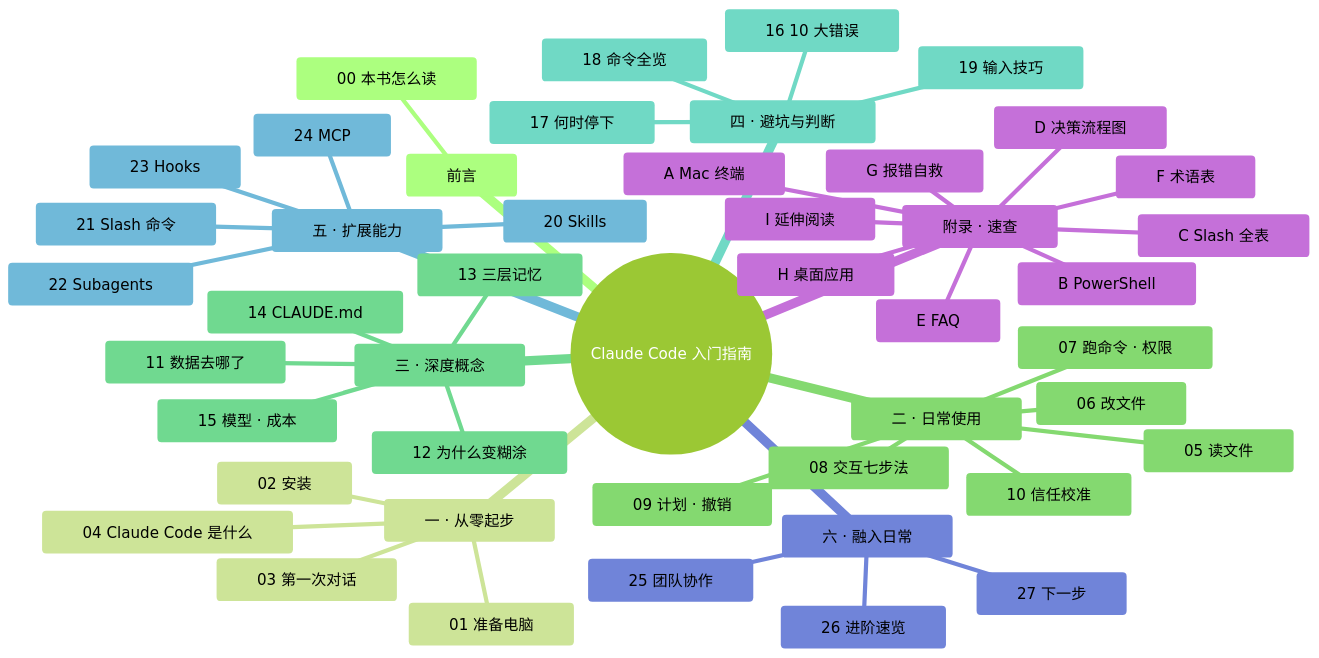
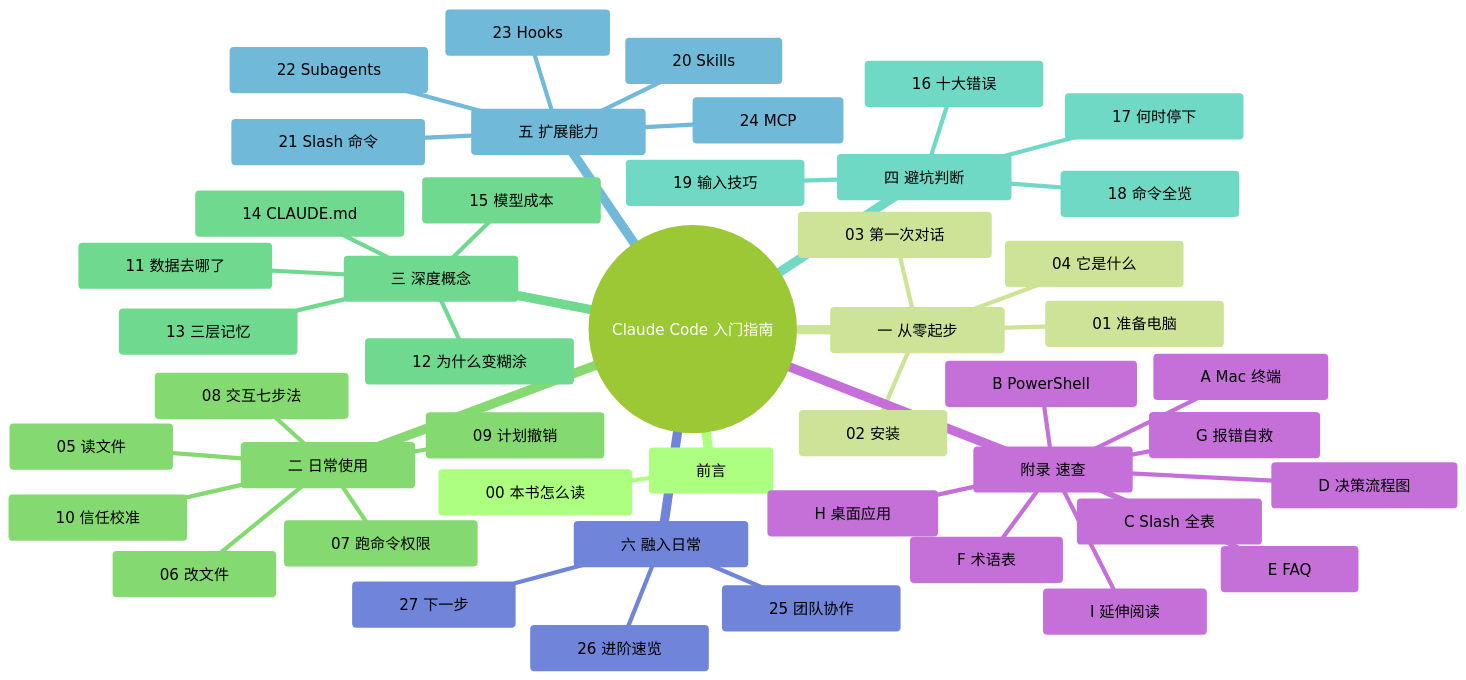
Before and after one commit to mali9527/claude-code-full-guide-for-beginners: the diagram in manuscript/00-前言/00-本书怎么读.md, drawn with Mermaid. The commit also changed 2 other files, not shown here.

Commit message:
fix(mindmap): MM-08 去掉 maxNodeWidth + 精简所有叶子文案，修文字截断
上版 maxNodeWidth: 240 对 CJK 不友好，导致"04 Claude Code 是什么"等稍长标签被硬截。
这版改动：
- 去掉 mindmap.maxNodeWidth（改由短文案 + padding 控制布局）
- padding 24 → 28（进一步拉开节点间距）
- useMaxWidth: false 同时设在顶层和 mindmap 下（保险起见，覆盖 Mermaid 版本差异）
- 所有叶子文案再精简（去掉分隔符号、去掉"Claude Code"等冗余前缀）：
  "04 Claude Code 是什么" → "04 它是什么"
  "07 跑命令 · 权限" → "07 跑命令权限"
  "09 计划 · 撤销" → "09 计划撤销"
  "15 模型 · 成本" → "15 模型成本"
  "16 10 大错误" → "16 十大错误"
- Part 标题也去掉 "· " 分隔，让它们更紧凑："一 · 从零起步" → "一 从零起步"

_style.md 里更新例外说明，加一条实验教训：mindmap 里不要用 maxNodeWidth。

````diff
--- a/manuscript/00-前言/00-本书怎么读.md
+++ b/manuscript/00-前言/00-本书怎么读.md
@@ -10,61 +10,61 @@
 ```mermaid
 ---
 config:
+  useMaxWidth: false
   theme: forest
   themeVariables:
     fontFamily: "-apple-system, 'SF Pro Text', 'PingFang SC', 'Helvetica Neue', sans-serif"
     fontSize: "18px"
     lineColor: "#D9D9D9"
   mindmap:
-    padding: 24
-    maxNodeWidth: 240
+    padding: 28
     useMaxWidth: false
 ---
 mindmap
   root((Claude Code 入门指南))
     前言
       00 本书怎么读
-    一 · 从零起步
+    一 从零起步
       01 准备电脑
       02 安装
       03 第一次对话
-      04 Claude Code 是什么
-    二 · 日常使用
+      04 它是什么
+    二 日常使用
       05 读文件
       06 改文件
-      07 跑命令 · 权限
+      07 跑命令权限
       08 交互七步法
-      09 计划 · 撤销
+      09 计划撤销
       10 信任校准
-    三 · 深度概念
+    三 深度概念
       11 数据去哪了
       12 为什么变糊涂
       13 三层记忆
       14 CLAUDE.md
-      15 模型 · 成本
-    四 · 避坑与判断
-      16 10 大错误
+      15 模型成本
+    四 避坑判断
+      16 十大错误
       17 何时停下
       18 命令全览
       19 输入技巧
-    五 · 扩展能力
+    五 扩展能力
       20 Skills
       21 Slash 命令
       22 Subagents
       23 Hooks
       24 MCP
-    六 · 融入日常
+    六 融入日常
       25 团队协作
       26 进阶速览
       27 下一步
-    附录 · 速查
+    附录 速查
       A Mac 终端
       B PowerShell
       C Slash 全表
       D 决策流程图
       E FAQ
       F 术语表
       G 报错自救
       H 桌面应用
       I 延伸阅读
 ```
````
